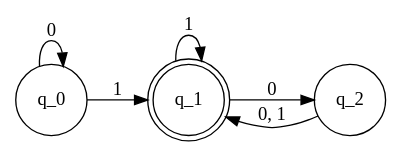
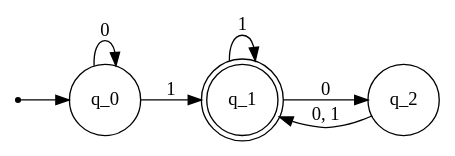
One commit to drnfns/cs1502 changed the diagram in graphs/01_state_machine.gv. Above: the diagram before and after it, drawn with Graphviz. The commit also changed 13 other files, not shown here.

```diff
--- a/graphs/01_state_machine.gv
+++ b/graphs/01_state_machine.gv
@@ -1,10 +1,13 @@
 digraph finite_state_machine {
 	rankdir=LR;
 	node [shape = doublecircle] q_1;
+  node [shape=point] start;
 	node [shape = circle];
+
+  start -> q_0;
   q_0 -> q_1 [label = "1"];
   q_0 -> q_0 [label = "0"];
   q_1 -> q_2 [label = "0"];
   q_1 -> q_1 [label = "1"];
   q_2 -> q_1 [label = "0, 1"];
 }
```
